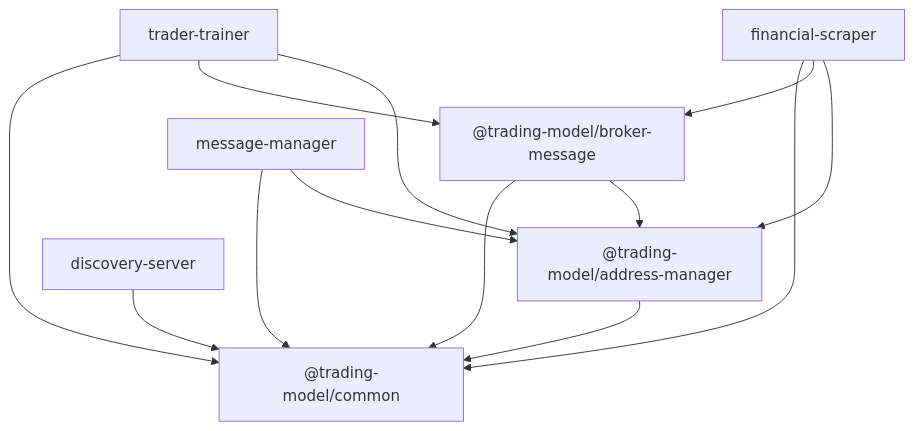
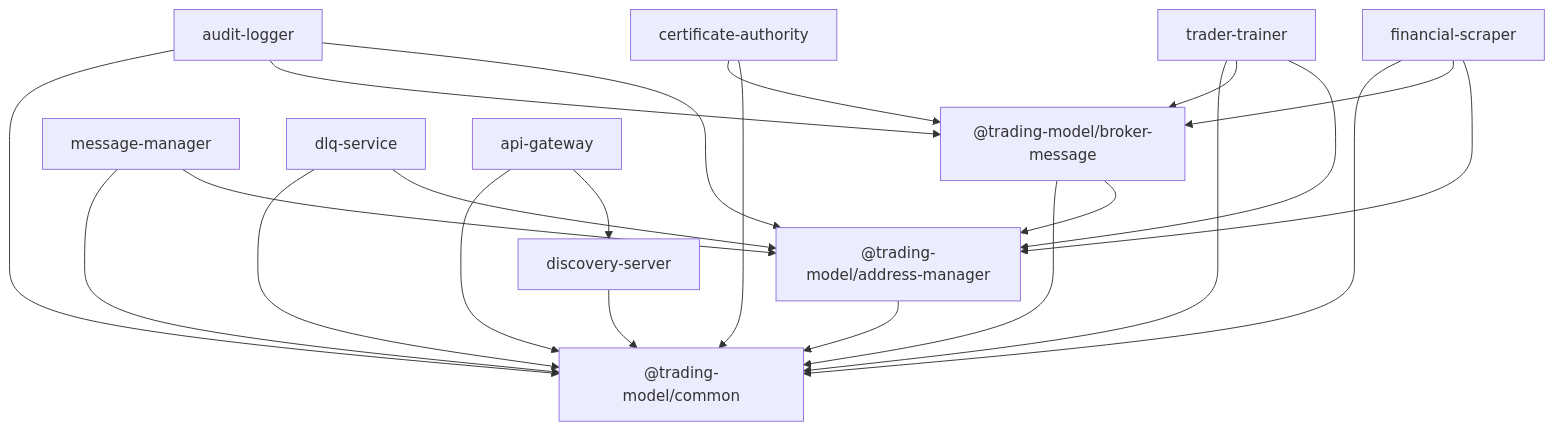
Before and after one commit to docteur-turboss/trading-model: the diagram in docs/architecture/api/README.md, drawn with Mermaid. The commit also changed other lines of this file and 807 other files, not shown here.

````diff
--- a/docs/architecture/api/README.md
+++ b/docs/architecture/api/README.md
@@ -47,23 +56,36 @@
 ```mermaid
 graph TD
     common["@trading-model/common"]
     addr["@trading-model/address-manager"]
     broker["@trading-model/broker-message"]
     ds["discovery-server"]
     mm["message-manager"]
     fs["financial-scraper"]
     tt["trader-trainer"]
+    ca["certificate-authority"]
+    al["audit-logger"]
+    dlq["dlq-service"]
+    gw["api-gateway"]
 
     addr --> common
     broker --> addr
     broker --> common
     ds --> common
     mm --> addr
     mm --> common
     fs --> addr
     fs --> broker
     fs --> common
     tt --> addr
     tt --> broker
     tt --> common
+    ca --> common
+    ca --> broker
+    al --> addr
+    al --> broker
+    al --> common
+    dlq --> addr
+    dlq --> common
+    gw --> ds
+    gw --> common
 ```
````
